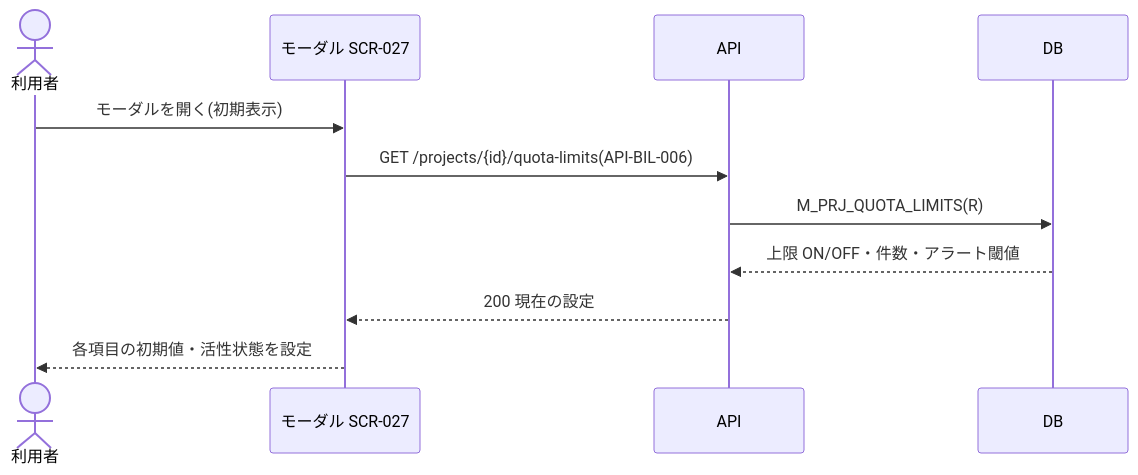
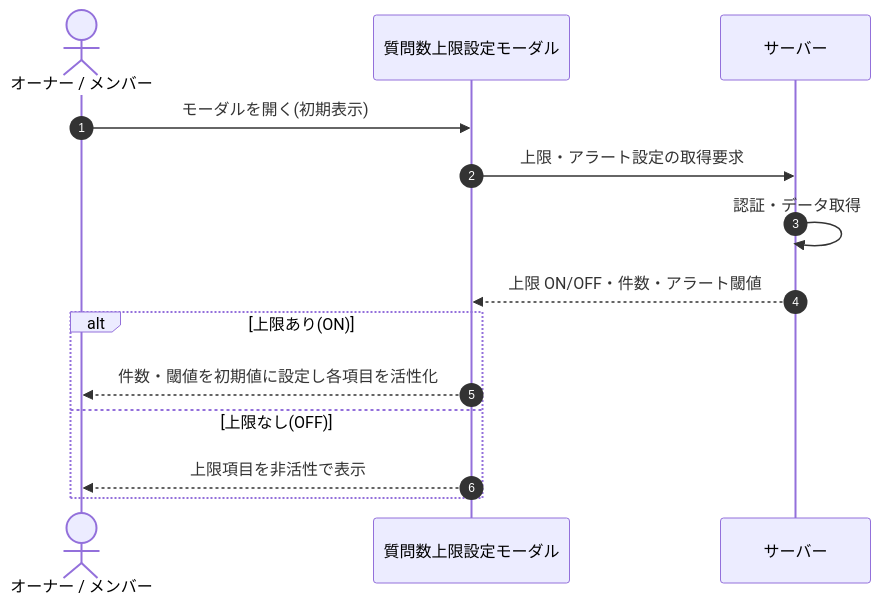
One commit to sikakou54/open-faq changed the diagram in 02_basic_design/05_sequences/SEQ-079.md. Above: the diagram before and after it, drawn with Mermaid. The commit also changed other lines of this file and 108 other files, not shown here.

First line of the commit message:
基本設計: シーケンス図を基本設計粒度(ユーザー/画面/サーバー)へ再編成

````diff
--- a/02_basic_design/05_sequences/SEQ-079.md
+++ b/02_basic_design/05_sequences/SEQ-079.md
@@ -25,13 +32,16 @@
 ```mermaid
 sequenceDiagram
-  actor U as 利用者
-  participant S as モーダル SCR-027
-  participant API as API
-  participant DB as DB
-  U->>S: モーダルを開く(初期表示)
-  S->>API: GET /projects/{id}/quota-limits(API-BIL-006)
-  API->>DB: M_PRJ_QUOTA_LIMITS(R)
-  DB-->>API: 上限 ON/OFF・件数・アラート閾値
-  API-->>S: 200 現在の設定
-  S-->>U: 各項目の初期値・活性状態を設定
+  autonumber
+  actor U as オーナー / メンバー
+  participant Screen as 質問数上限設定モーダル
+  participant Server as サーバー
+  U->>Screen: モーダルを開く(初期表示)
+  Screen->>Server: 上限・アラート設定の取得要求
+  Server->>Server: 認証・データ取得
+  Server-->>Screen: 上限 ON/OFF・件数・アラート閾値
+  alt 上限あり(ON)
+    Screen-->>U: 件数・閾値を初期値に設定し各項目を活性化
+  else 上限なし(OFF)
+    Screen-->>U: 上限項目を非活性で表示
+  end
 ```
````
